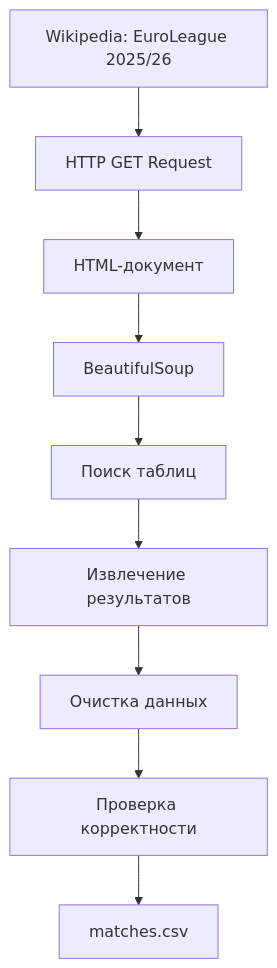
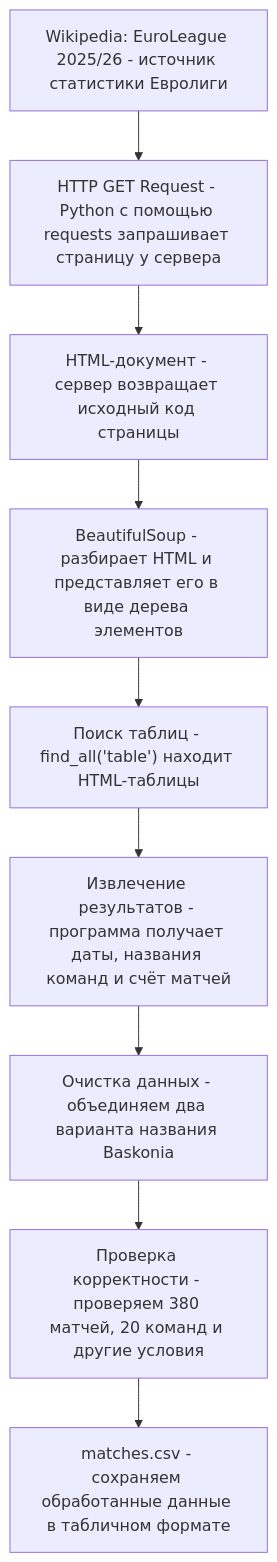
One commit to m3t4morph0sis/EuroLeague-2025-26 changed the first of 5 diagrams in docs/01_web_scraping.md. Above: the diagram before and after it, drawn with Mermaid. The commit also changed other lines of this file, not shown here.

Commit message:
первый доклад : парсинг данных Евролиги 2025/26 (ver2)(завершена реализация и документация парсера)

````diff
--- a/docs/01_web_scraping.md
+++ b/docs/01_web_scraping.md
@@ -84,21 +84,21 @@
 ```mermaid
 flowchart TD
-    A["Wikipedia: EuroLeague 2025/26"]
-    B["HTTP GET Request"]
-    C["HTML-документ"]
-    D["BeautifulSoup"]
-    E["Поиск таблиц"]
-    F["Извлечение результатов"]
-    G["Очистка данных"]
-    H["Проверка корректности"]
-    I["matches.csv"]
+    A["Wikipedia: EuroLeague 2025/26 - источник статистики Евролиги"]
+    B["HTTP GET Request - Python с помощью requests запрашивает страницу у сервера"]
+    C["HTML-документ" - сервер возвращает исходный код страницы]
+    D["BeautifulSoup" - разбирает HTML и представляет его в виде дерева элементов]
+    E["Поиск таблиц - find_all('table') находит HTML-таблицы"]
+    F["Извлечение результатов - программа получает даты, названия команд и счёт матчей"]
+    G["Очистка данных - объединяем два варианта названия Baskonia"]
+    H["Проверка корректности - проверяем 380 матчей, 20 команд и другие условия"]
+    I["matches.csv - сохраняем обработанные данные в табличном формате"]
 
     A --> B
     B --> C
     C --> D
     D --> E
     E --> F
     F --> G
     G --> H
     H --> I
 ```
````
